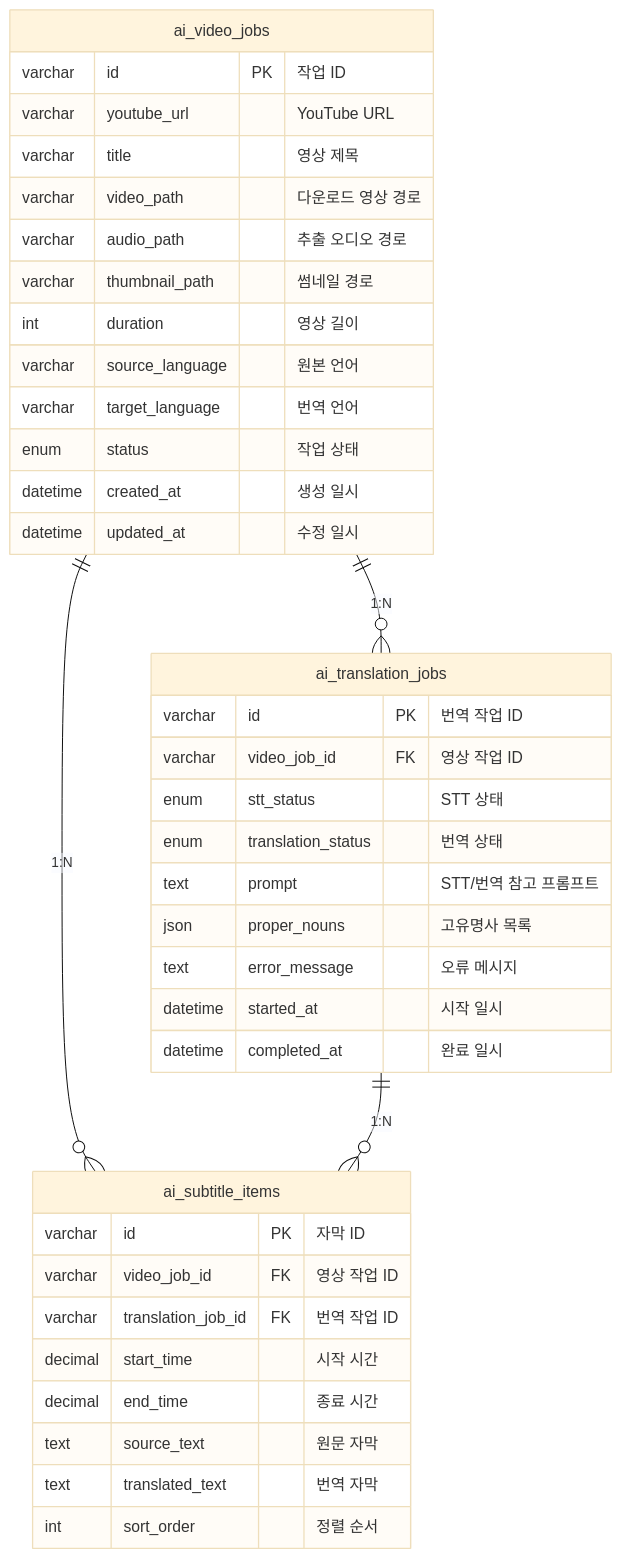
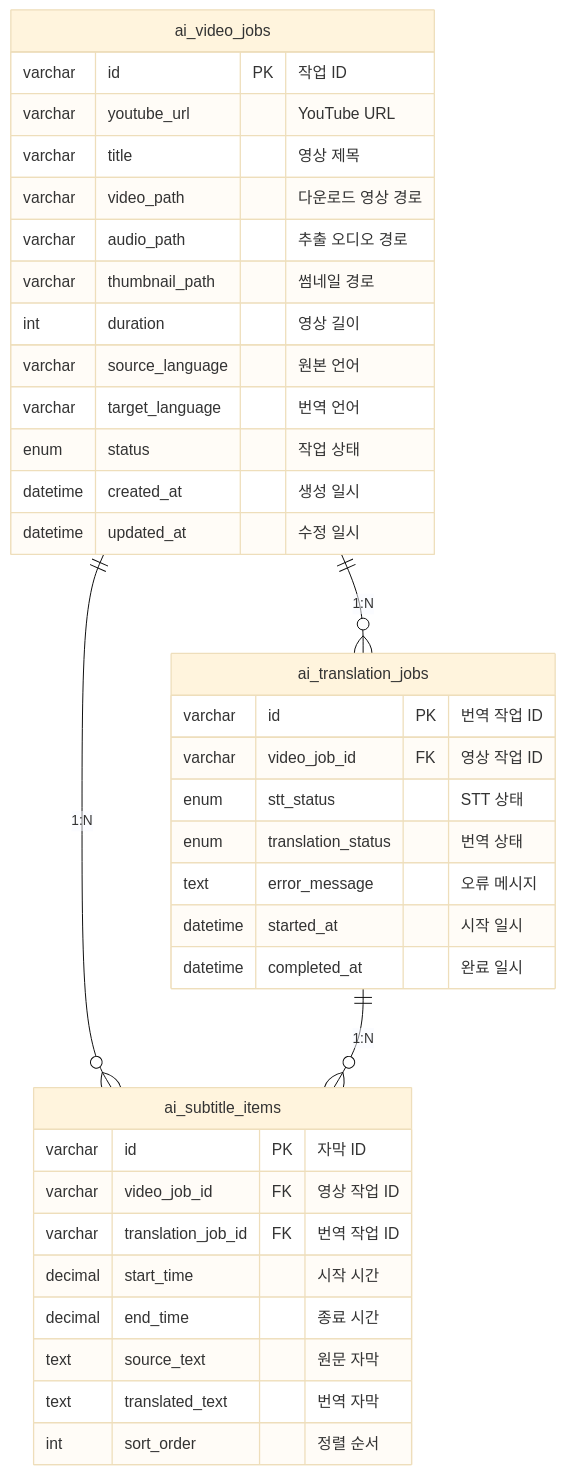
The second of 2 diagrams in README.md (jun-seok816/video_slice), drawn with Mermaid (base theme) before and after one commit.

Commit message:
doc : ai_translation_jobs ERD 수정

````diff
--- a/README.md
+++ b/README.md
@@ -78,44 +78,42 @@
 ```mermaid
 erDiagram
     ai_video_jobs ||--o{ ai_subtitle_items : "1:N"
     ai_video_jobs ||--o{ ai_translation_jobs : "1:N"
     ai_translation_jobs ||--o{ ai_subtitle_items : "1:N"
 
     ai_video_jobs {
         varchar id PK "작업 ID"
         varchar youtube_url "YouTube URL"
         varchar title "영상 제목"
         varchar video_path "다운로드 영상 경로"
         varchar audio_path "추출 오디오 경로"
         varchar thumbnail_path "썸네일 경로"
         int duration "영상 길이"
         varchar source_language "원본 언어"
         varchar target_language "번역 언어"
         enum status "작업 상태"
         datetime created_at "생성 일시"
         datetime updated_at "수정 일시"
     }
 
     ai_translation_jobs {
         varchar id PK "번역 작업 ID"
         varchar video_job_id FK "영상 작업 ID"
         enum stt_status "STT 상태"
         enum translation_status "번역 상태"
-        text prompt "STT/번역 참고 프롬프트"
-        json proper_nouns "고유명사 목록"
         text error_message "오류 메시지"
         datetime started_at "시작 일시"
         datetime completed_at "완료 일시"
     }
 
     ai_subtitle_items {
         varchar id PK "자막 ID"
         varchar video_job_id FK "영상 작업 ID"
         varchar translation_job_id FK "번역 작업 ID"
         decimal start_time "시작 시간"
         decimal end_time "종료 시간"
         text source_text "원문 자막"
         text translated_text "번역 자막"
         int sort_order "정렬 순서"
     }
 ```
````
